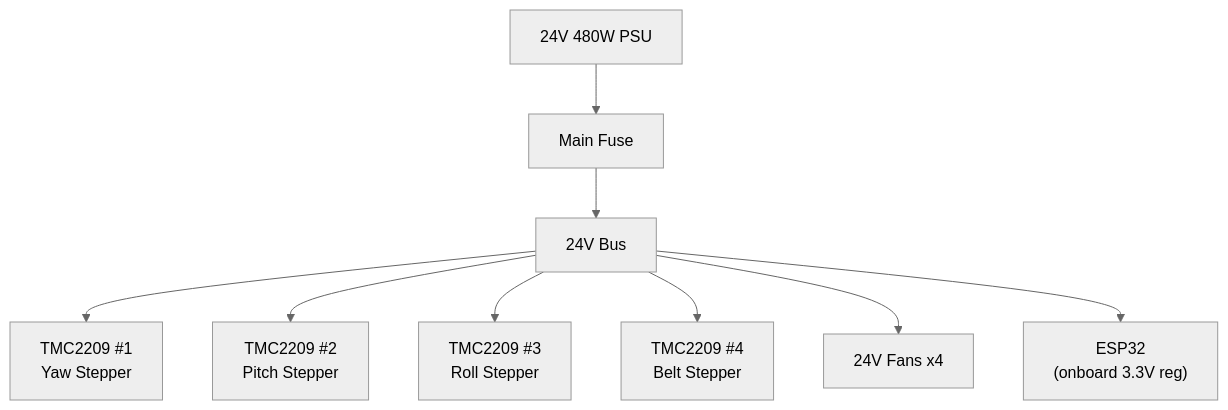
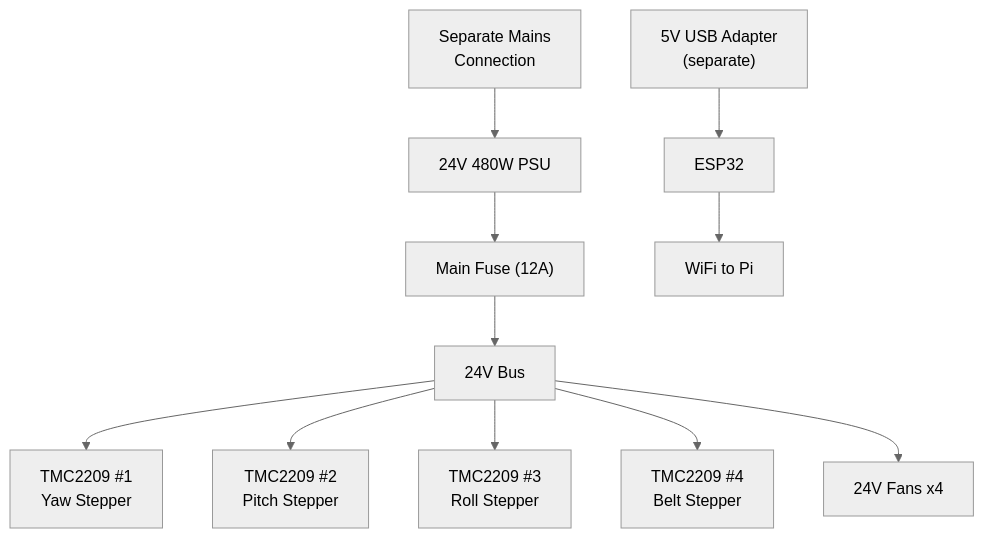
Before and after one commit to zeulewan/geodude-control: the diagram in docs/electrical/gimbal/index.md, drawn with Mermaid (neutral theme). The commit also changed other lines of this file and 3 other files, not shown here.

First line of the commit message:
Major audit update: all dumb PWM servos, revised power architecture

````diff
--- a/docs/electrical/gimbal/index.md
+++ b/docs/electrical/gimbal/index.md
@@ -77,11 +83,14 @@
 ```mermaid
 graph TD
-    PSU["24V 480W PSU"] --> F_MAIN["Main Fuse"]
+    MAINS["Separate Mains<br/>Connection"] --> PSU["24V 480W PSU"]
+    PSU --> F_MAIN["Main Fuse (12A)"]
     F_MAIN --> BUS["24V Bus"]
     BUS --> DRV1["TMC2209 #1<br/>Yaw Stepper"]
     BUS --> DRV2["TMC2209 #2<br/>Pitch Stepper"]
     BUS --> DRV3["TMC2209 #3<br/>Roll Stepper"]
     BUS --> DRV4["TMC2209 #4<br/>Belt Stepper"]
     BUS --> FAN["24V Fans x4"]
-    BUS --> ESP["ESP32<br/>(onboard 3.3V reg)"]
+
+    USB["5V USB Adapter<br/>(separate)"] --> ESP["ESP32"]
+    ESP --> WIFI["WiFi to Pi"]
 ```
````
